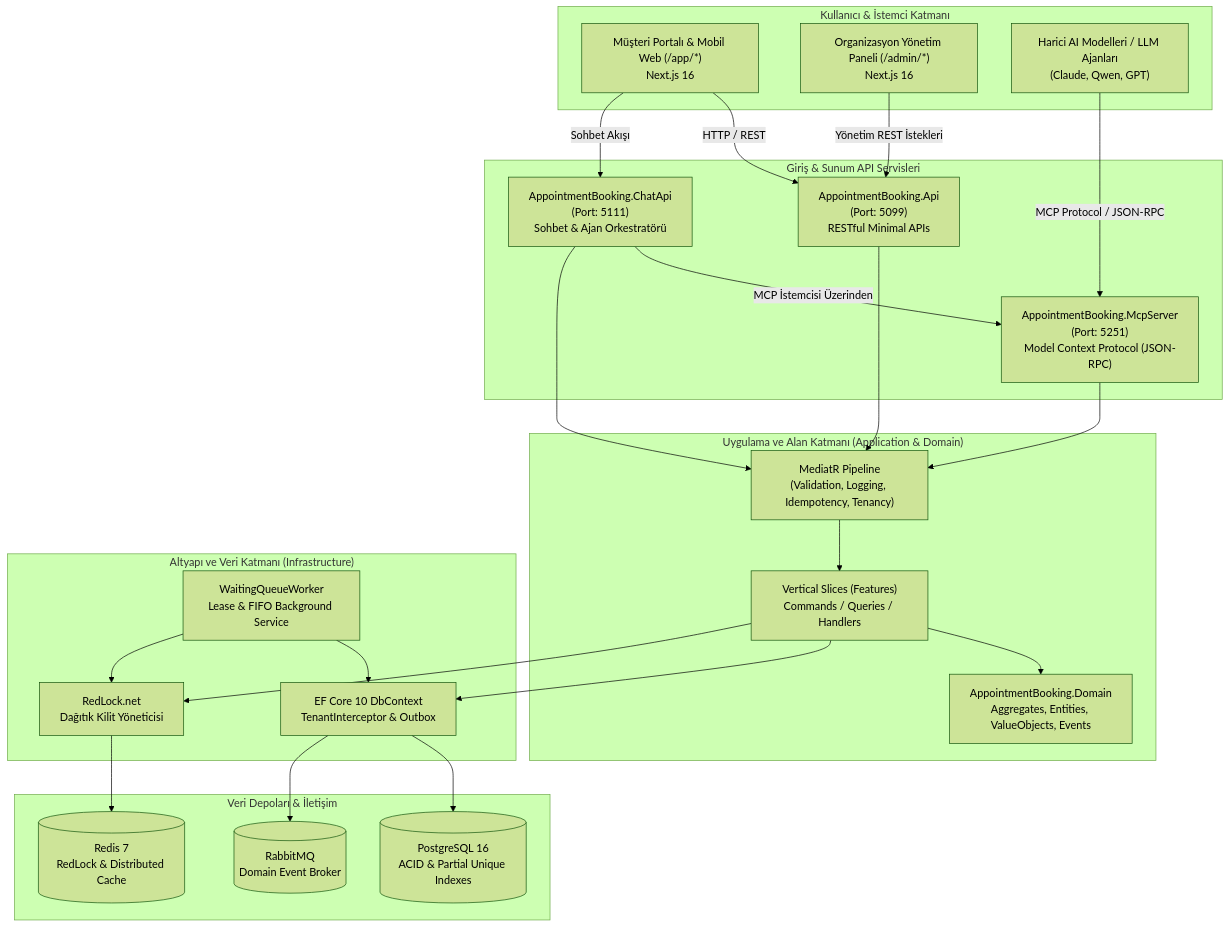
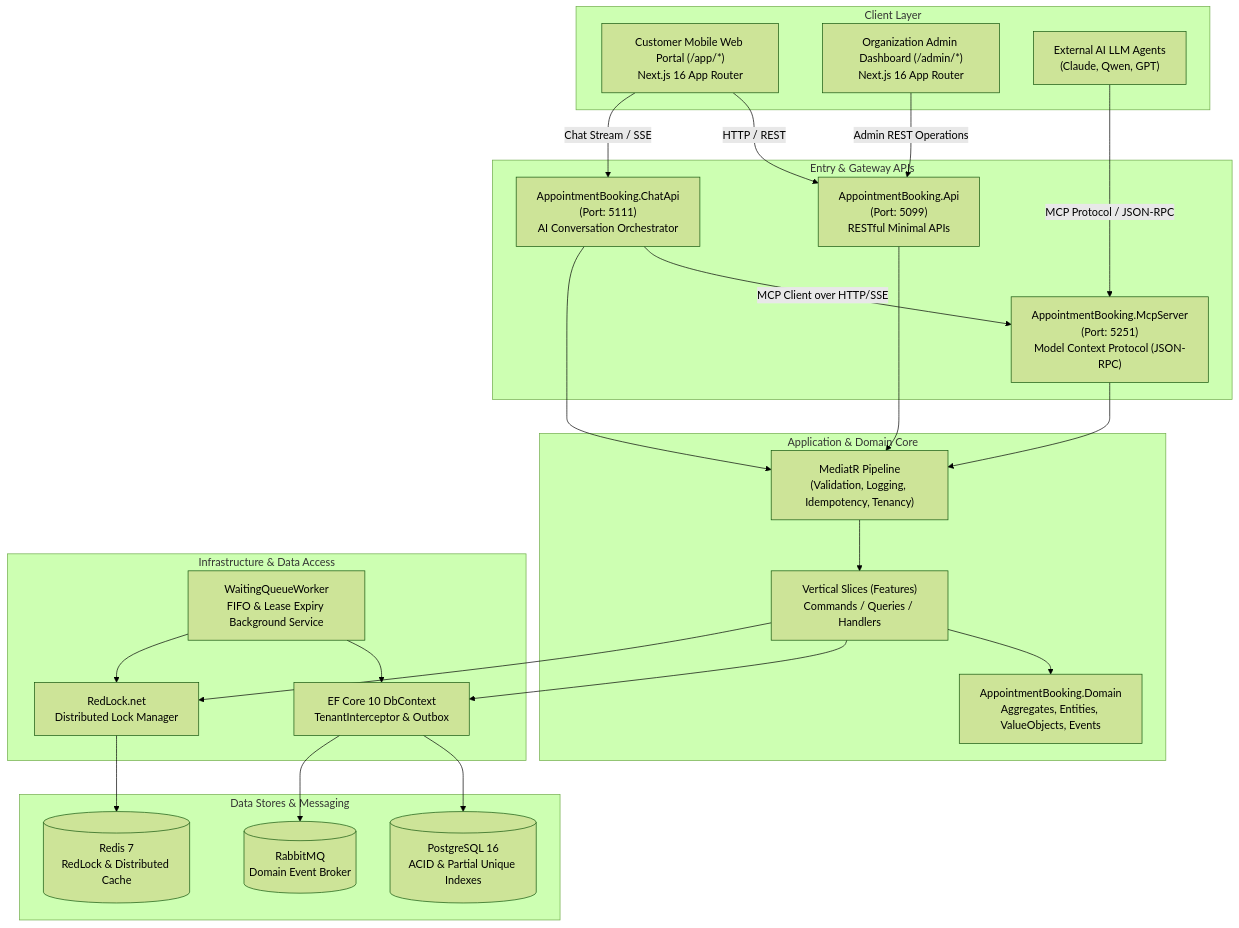
One commit to mustafaalkan64/appointment-ai-assistant changed the first of 5 diagrams in README.md. Above: the diagram before and after it, drawn with Mermaid (forest theme). The commit also changed other lines of this file, not shown here.

````diff
--- a/README.md
+++ b/README.md
@@ -62,53 +62,53 @@
 ```mermaid
 graph TD
-    subgraph Clients["Kullanıcı & İstemci Katmanı"]
-        CustomerUI["Müşteri Portalı & Mobil Web (/app/*)<br/>Next.js 16"]
-        AdminUI["Organizasyon Yönetim Paneli (/admin/*)<br/>Next.js 16"]
-        ExternalLLM["Harici AI Modelleri / LLM Ajanları<br/>(Claude, Qwen, GPT)"]
+    subgraph Clients["Client Layer"]
+        CustomerUI["Customer Mobile Web Portal (/app/*)<br/>Next.js 16 App Router"]
+        AdminUI["Organization Admin Dashboard (/admin/*)<br/>Next.js 16 App Router"]
+        ExternalLLM["External AI LLM Agents<br/>(Claude, Qwen, GPT)"]
     end
 
-    subgraph EntryAPIs["Giriş & Sunum API Servisleri"]
-        ChatAPI["AppointmentBooking.ChatApi<br/>(Port: 5111)<br/>Sohbet & Ajan Orkestratörü"]
+    subgraph EntryAPIs["Entry & Gateway APIs"]
+        ChatAPI["AppointmentBooking.ChatApi<br/>(Port: 5111)<br/>AI Conversation Orchestrator"]
         CoreAPI["AppointmentBooking.Api<br/>(Port: 5099)<br/>RESTful Minimal APIs"]
         MCPServer["AppointmentBooking.McpServer<br/>(Port: 5251)<br/>Model Context Protocol (JSON-RPC)"]
     end
 
-    subgraph CoreApplication["Uygulama ve Alan Katmanı (Application & Domain)"]
+    subgraph CoreApplication["Application & Domain Core"]
         MediatR["MediatR Pipeline<br/>(Validation, Logging, Idempotency, Tenancy)"]
         VerticalSlices["Vertical Slices (Features)<br/>Commands / Queries / Handlers"]
         DomainCore["AppointmentBooking.Domain<br/>Aggregates, Entities, ValueObjects, Events"]
     end
 
-    subgraph InfrastructureLayer["Altyapı ve Veri Katmanı (Infrastructure)"]
-        RedLockManager["RedLock.net<br/>Dağıtık Kilit Yöneticisi"]
+    subgraph InfrastructureLayer["Infrastructure & Data Access"]
+        RedLockManager["RedLock.net<br/>Distributed Lock Manager"]
         EFCore["EF Core 10 DbContext<br/>TenantInterceptor & Outbox"]
-        WorkerService["WaitingQueueWorker<br/>Lease & FIFO Background Service"]
+        WorkerService["WaitingQueueWorker<br/>FIFO & Lease Expiry Background Service"]
     end
 
-    subgraph DataStores["Veri Depoları & İletişim"]
+    subgraph DataStores["Data Stores & Messaging"]
         PostgreSQL[("PostgreSQL 16<br/>ACID & Partial Unique Indexes")]
         RedisDB[("Redis 7<br/>RedLock & Distributed Cache")]
         RabbitMQBroker[("RabbitMQ<br/>Domain Event Broker")]
     end
 
     CustomerUI -->|HTTP / REST| CoreAPI
-    CustomerUI -->|Sohbet Akışı| ChatAPI
-    AdminUI -->|Yönetim REST İstekleri| CoreAPI
+    CustomerUI -->|Chat Stream / SSE| ChatAPI
+    AdminUI -->|Admin REST Operations| CoreAPI
     ExternalLLM -->|MCP Protocol / JSON-RPC| MCPServer
 
-    ChatAPI -->|MCP İstemcisi Üzerinden| MCPServer
+    ChatAPI -->|MCP Client over HTTP/SSE| MCPServer
     CoreAPI --> MediatR
     MCPServer --> MediatR
     ChatAPI --> MediatR
 
     MediatR --> VerticalSlices
     VerticalSlices --> DomainCore
     VerticalSlices --> EFCore
     VerticalSlices --> RedLockManager
 
     RedLockManager --> RedisDB
     EFCore --> PostgreSQL
     EFCore --> RabbitMQBroker
     WorkerService --> EFCore
     WorkerService --> RedLockManager
 ```
````
